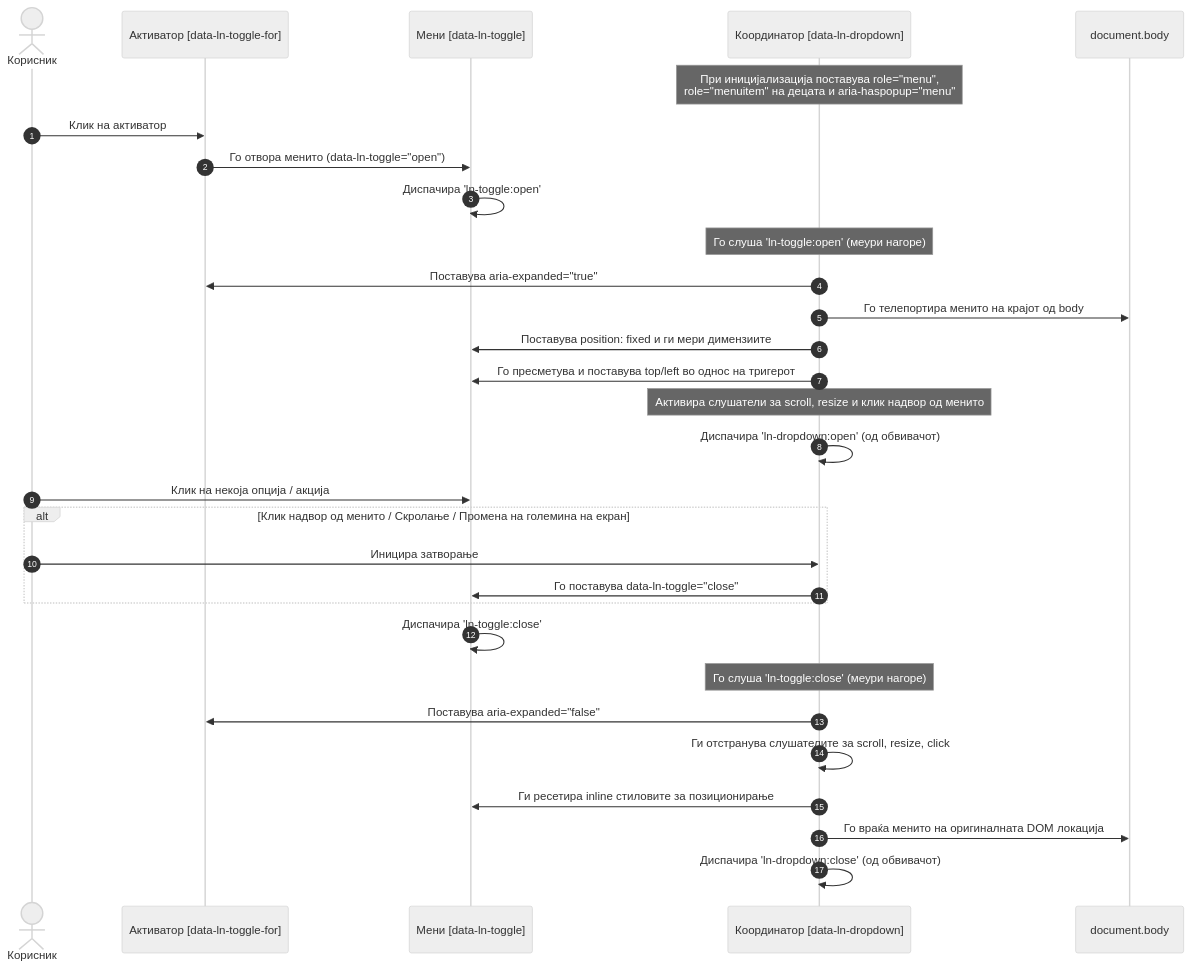
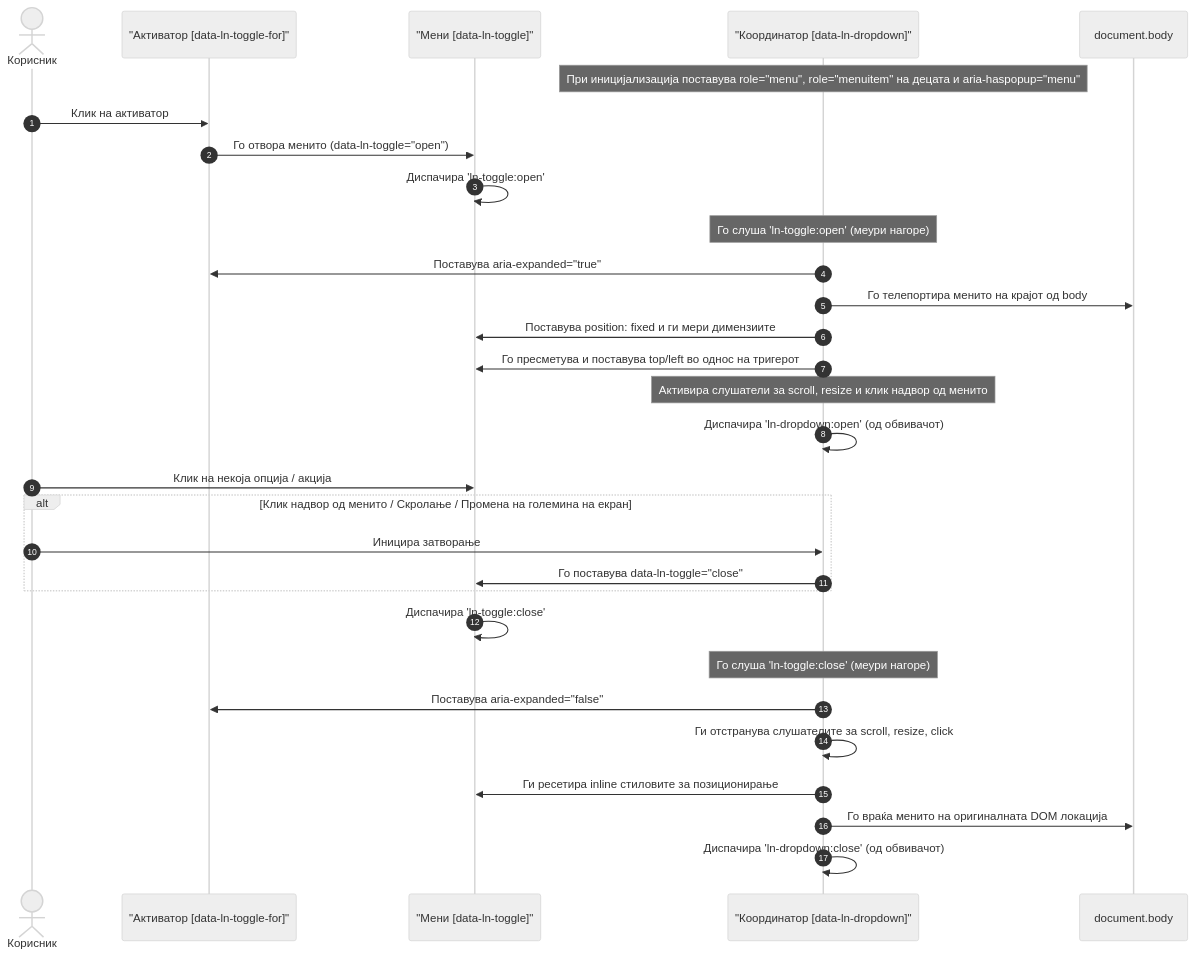
Before and after one commit to livenetworks/ln-ashlar: the diagram in architecture_docs_draft/components/ln-dropdown.md, drawn with Mermaid (neutral theme). The commit also changed 1 other file, not shown here.

Commit message:
docs/js: audit and update ln-dropdown detail guards and Mermaid syntax

````diff
--- a/architecture_docs_draft/components/ln-dropdown.md
+++ b/architecture_docs_draft/components/ln-dropdown.md
@@ -361,39 +361,39 @@
 ```mermaid
 sequenceDiagram
     autonumber
     actor Корисник
-    participant Trigger as Активатор [data-ln-toggle-for]
-    participant Toggle as Мени [data-ln-toggle]
-    participant Coordinator as Координатор [data-ln-dropdown]
+    participant Trigger as "Активатор [data-ln-toggle-for]"
+    participant Toggle as "Мени [data-ln-toggle]"
+    participant Coordinator as "Координатор [data-ln-dropdown]"
     participant Body as document.body
     
-    Note over Coordinator: При иницијализација поставува role="menu",<br/>role="menuitem" на децата и aria-haspopup="menu"
+    Note over Coordinator: При иницијализација поставува role="menu", role="menuitem" на децата и aria-haspopup="menu"
     
     Корисник->>Trigger: Клик на активатор
     Trigger->>Toggle: Го отвора менито (data-ln-toggle="open")
     Toggle->>Toggle: Диспачира 'ln-toggle:open'
     
     Note over Coordinator: Го слуша 'ln-toggle:open' (меури нагоре)
     Coordinator->>Trigger: Поставува aria-expanded="true"
     Coordinator->>Body: Го телепортира менито на крајот од body
     Coordinator->>Toggle: Поставува position: fixed и ги мери димензиите
     Coordinator->>Toggle: Го пресметува и поставува top/left во однос на тригерот
     Note over Coordinator: Активира слушатели за scroll, resize и клик надвор од менито
     Coordinator->>Coordinator: Диспачира 'ln-dropdown:open' (од обвивачот)
 
     Корисник->>Toggle: Клик на некоја опција / акција
     
     alt Клик надвор од менито / Скролање / Промена на големина на екран
         Корисник->>Coordinator: Иницира затворање
         Coordinator->>Toggle: Го поставува data-ln-toggle="close"
     end
     
     Toggle->>Toggle: Диспачира 'ln-toggle:close'
     
     Note over Coordinator: Го слуша 'ln-toggle:close' (меури нагоре)
     Coordinator->>Trigger: Поставува aria-expanded="false"
     Coordinator->>Coordinator: Ги отстранува слушателите за scroll, resize, click
     Coordinator->>Toggle: Ги ресетира inline стиловите за позиционирање
     Coordinator->>Body: Го враќа менито на оригиналната DOM локација
     Coordinator->>Coordinator: Диспачира 'ln-dropdown:close' (од обвивачот)
 ```
````
